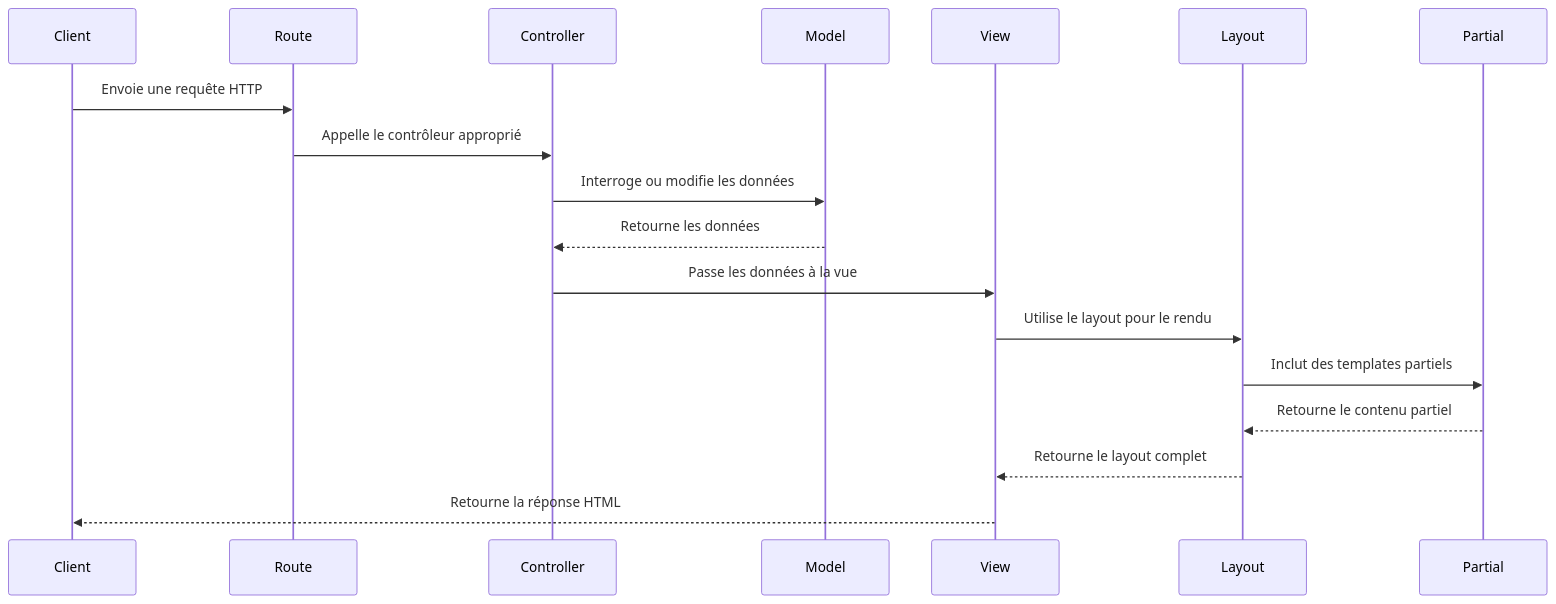
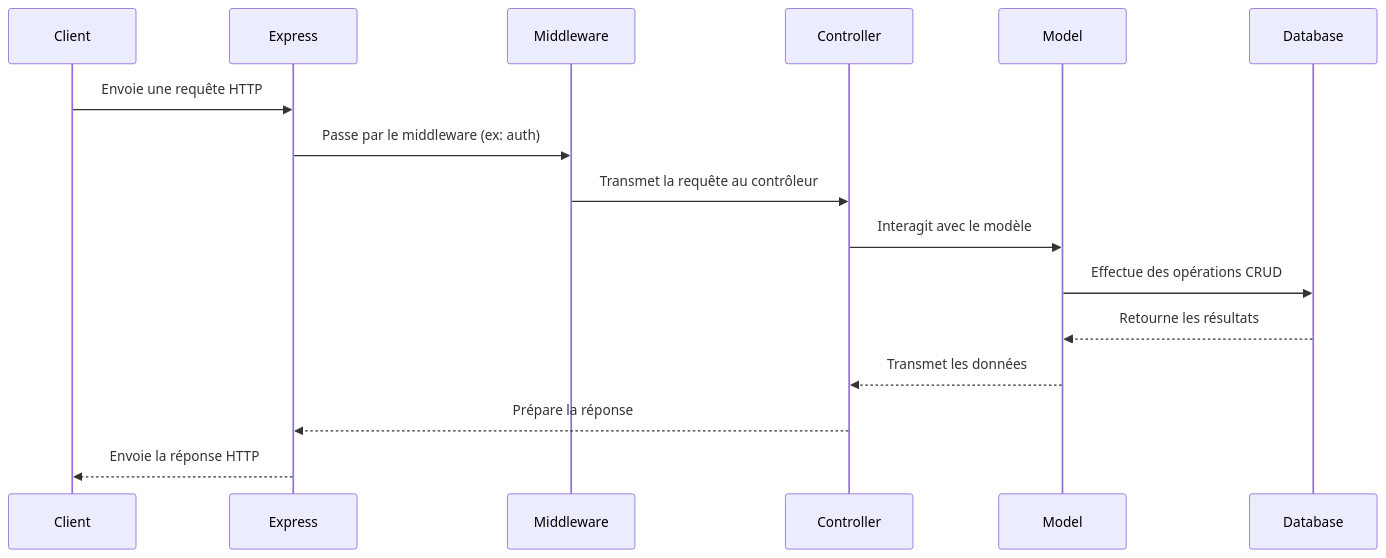
The second of 2 diagrams in slides.md (JSurquin/formation-angular), drawn with Mermaid before and after one commit. The commit also changed other lines of this file, not shown here.

````diff
--- a/slides.md
+++ b/slides.md
@@ -811,21 +1024,19 @@
 ```mermaid
 sequenceDiagram
     participant Client
-    participant Route
+    participant Express
+    participant Middleware
     participant Controller
     participant Model
-    participant View
-    participant Layout
-    participant Partial
+    participant Database
 
-    Client->>Route: Envoie une requête HTTP
-    Route->>Controller: Appelle le contrôleur approprié
-    Controller->>Model: Interroge ou modifie les données
-    Model-->>Controller: Retourne les données
-    Controller->>View: Passe les données à la vue
-    View->>Layout: Utilise le layout pour le rendu
-    Layout->>Partial: Inclut des templates partiels
-    Partial-->>Layout: Retourne le contenu partiel
-    Layout-->>View: Retourne le layout complet
-    View-->>Client: Retourne la réponse HTML
+    Client->>Express: Envoie une requête HTTP
+    Express->>Middleware: Passe par le middleware (ex: auth)
+    Middleware->>Controller: Transmet la requête au contrôleur
+    Controller->>Model: Interagit avec le modèle
+    Model->>Database: Effectue des opérations CRUD
+    Database-->>Model: Retourne les résultats
+    Model-->>Controller: Transmet les données
+    Controller-->>Express: Prépare la réponse
+    Express-->>Client: Envoie la réponse HTTP
 ```
````
